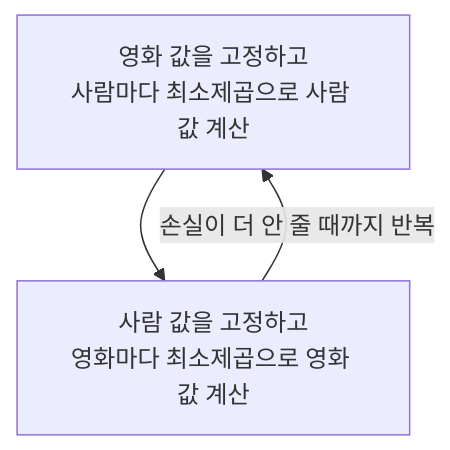
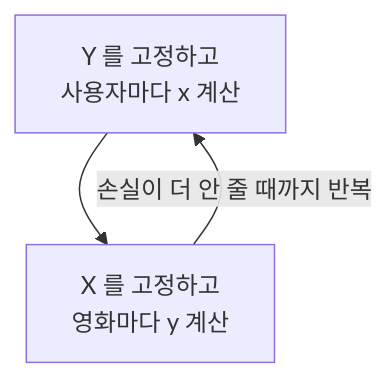
The diagram in content/recommendation_system/Alternating Least Squares.md (zzong2006/zzong2006.github.io), drawn with Mermaid before and after one commit. The commit also changed other lines of this file, not shown here.

````diff
--- a/content/recommendation_system/Alternating Least Squares.md
+++ b/content/recommendation_system/Alternating Least Squares.md
@@ -74,5 +105,5 @@
 ```mermaid
 flowchart TD
-    A["영화 값을 고정하고<br/>사람마다 최소제곱으로 사람 값 계산"] --> B["사람 값을 고정하고<br/>영화마다 최소제곱으로 영화 값 계산"]
+    A["Y 를 고정하고<br/>사용자마다 x 계산"] --> B["X 를 고정하고<br/>영화마다 y 계산"]
     B -->|"손실이 더 안 줄 때까지 반복"| A
 ```
````
